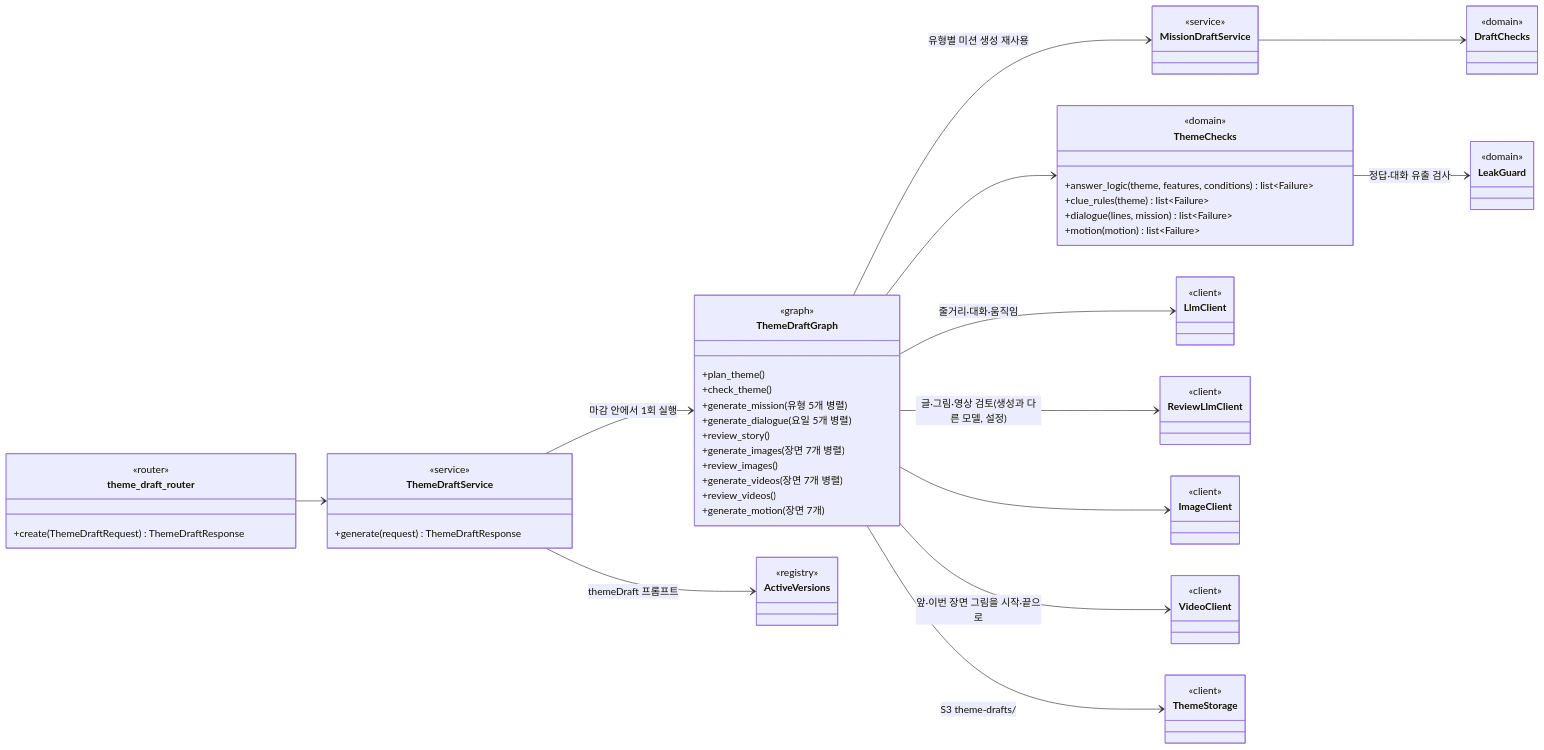
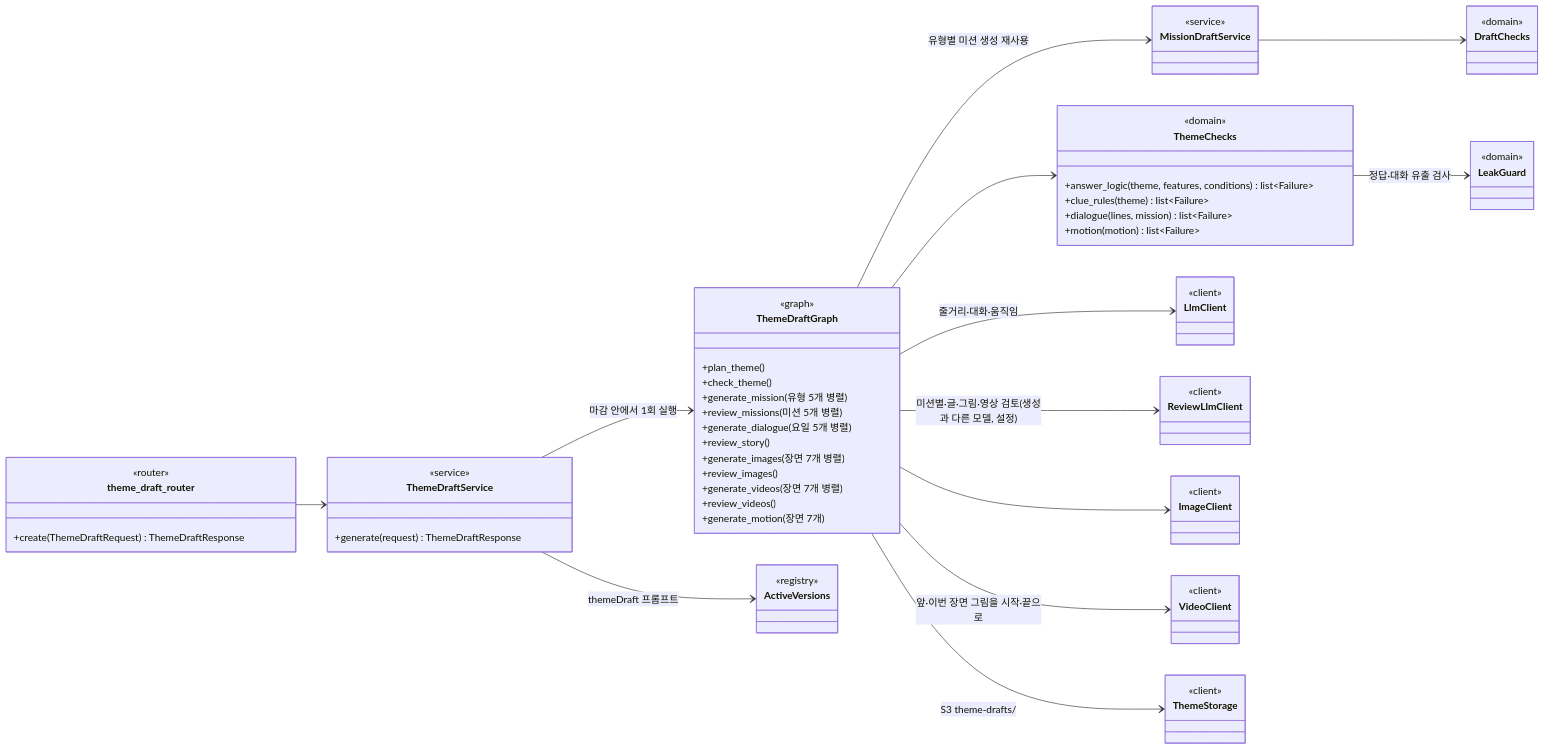
Before and after one commit to SKNETWORKS-FAMILY-AICAMP/SKN34-FINAL-3TEAM: diagram 18 of 21 in docs/design/class-diagram.md, drawn with Mermaid. The commit also changed other lines of this file and 2 other files, not shown here.

````diff
--- a/docs/design/class-diagram.md
+++ b/docs/design/class-diagram.md
@@ -2249,54 +2249,55 @@
 ```mermaid
 classDiagram
   direction LR
   class theme_draft_router {
     <<router>>
     +create(ThemeDraftRequest) ThemeDraftResponse
   }
   class ThemeDraftService {
     <<service>>
     +generate(request) ThemeDraftResponse
   }
   class ThemeDraftGraph {
     <<graph>>
     +plan_theme()
     +check_theme()
     +generate_mission(유형 5개 병렬)
+    +review_missions(미션 5개 병렬)
     +generate_dialogue(요일 5개 병렬)
     +review_story()
     +generate_images(장면 7개 병렬)
     +review_images()
     +generate_videos(장면 7개 병렬)
     +review_videos()
     +generate_motion(장면 7개)
   }
   class ThemeChecks {
     <<domain>>
     +answer_logic(theme, features, conditions) list~Failure~
     +clue_rules(theme) list~Failure~
     +dialogue(lines, mission) list~Failure~
     +motion(motion) list~Failure~
   }
   class MissionDraftService { <<service>> }
   class DraftChecks { <<domain>> }
   class LeakGuard { <<domain>> }
   class LlmClient { <<client>> }
   class ReviewLlmClient { <<client>> }
   class ImageClient { <<client>> }
   class VideoClient { <<client>> }
   class ThemeStorage { <<client>> }
   class ActiveVersions { <<registry>> }
 
   theme_draft_router --> ThemeDraftService
   ThemeDraftService --> ThemeDraftGraph : 마감 안에서 1회 실행
   ThemeDraftService --> ActiveVersions : themeDraft 프롬프트
   ThemeDraftGraph --> LlmClient : 줄거리·대화·움직임
   ThemeDraftGraph --> MissionDraftService : 유형별 미션 생성 재사용
-  ThemeDraftGraph --> ReviewLlmClient : 글·그림·영상 검토(생성과 다른 모델, 설정)
+  ThemeDraftGraph --> ReviewLlmClient : 미션별·글·그림·영상 검토(생성과 다른 모델, 설정)
   ThemeDraftGraph --> ImageClient
   ThemeDraftGraph --> VideoClient : 앞·이번 장면 그림을 시작·끝으로
   ThemeDraftGraph --> ThemeStorage : S3 theme-drafts/
   ThemeDraftGraph --> ThemeChecks
   MissionDraftService --> DraftChecks
   ThemeChecks --> LeakGuard : 정답·대화 유출 검사
 ```
````
